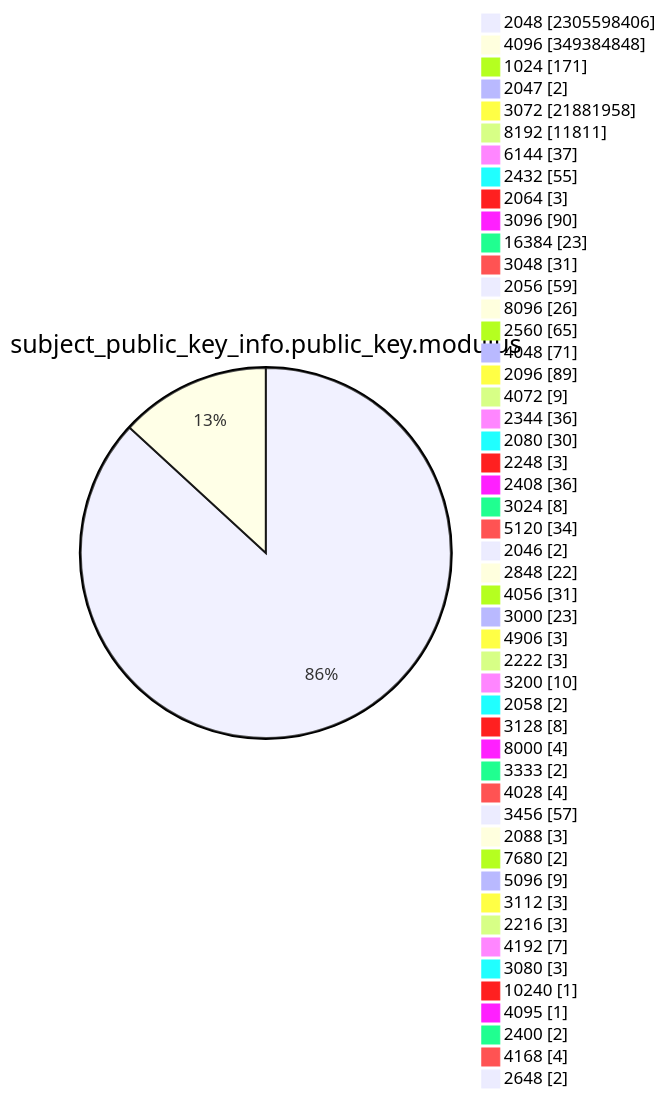
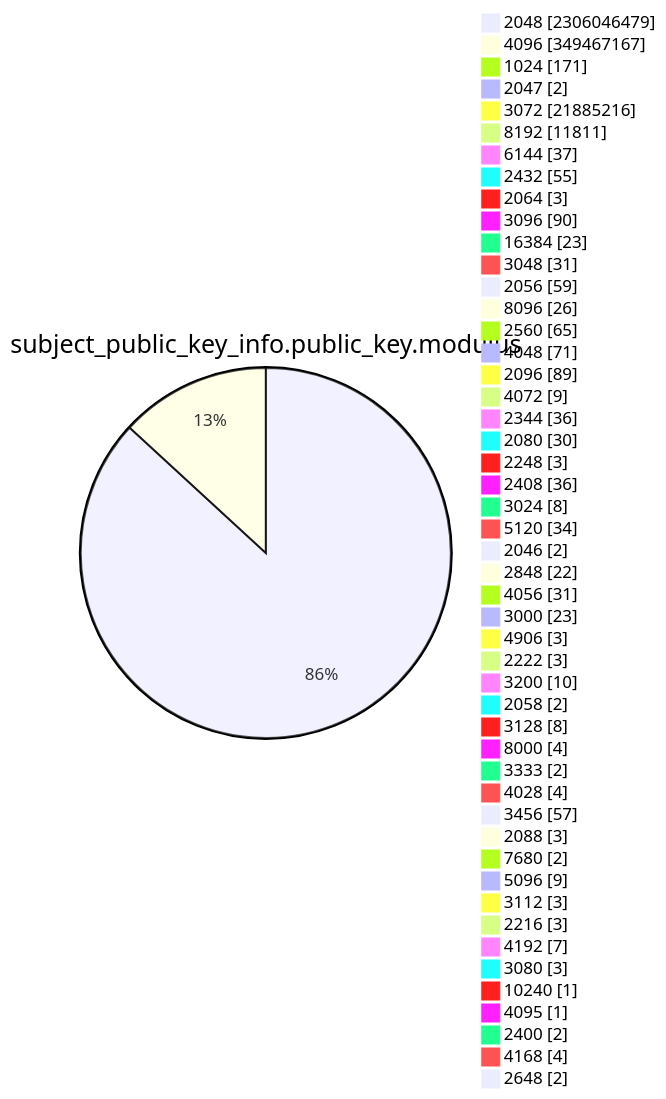
Diagram 13 of 15 in TOTAL/README.md (christiankrug/ctmonitor_visualization), drawn with Mermaid before and after one commit. The commit also changed other lines of this file, not shown here.

````diff
--- a/TOTAL/README.md
+++ b/TOTAL/README.md
@@ -4167,53 +4167,53 @@
 ```mermaid
 pie showData
 title subject_public_key_info.public_key.modulus
-"2048" :2305598406
-"4096" :349384848
+"2048" :2306046479
+"4096" :349467167
 "1024" :171
 "2047" :2
-"3072" :21881958
+"3072" :21885216
 "8192" :11811
 "6144" :37
 "2432" :55
 "2064" :3
 "3096" :90
 "16384" :23
 "3048" :31
 "2056" :59
 "8096" :26
 "2560" :65
 "4048" :71
 "2096" :89
 "4072" :9
 "2344" :36
 "2080" :30
 "2248" :3
 "2408" :36
 "3024" :8
 "5120" :34
 "2046" :2
 "2848" :22
 "4056" :31
 "3000" :23
 "4906" :3
 "2222" :3
 "3200" :10
 "2058" :2
 "3128" :8
 "8000" :4
 "3333" :2
 "4028" :4
 "3456" :57
 "2088" :3
 "7680" :2
 "5096" :9
 "3112" :3
 "2216" :3
 "4192" :7
 "3080" :3
 "10240" :1
 "4095" :1
 "2400" :2
 "4168" :4
 "2648" :2
 ```
````
